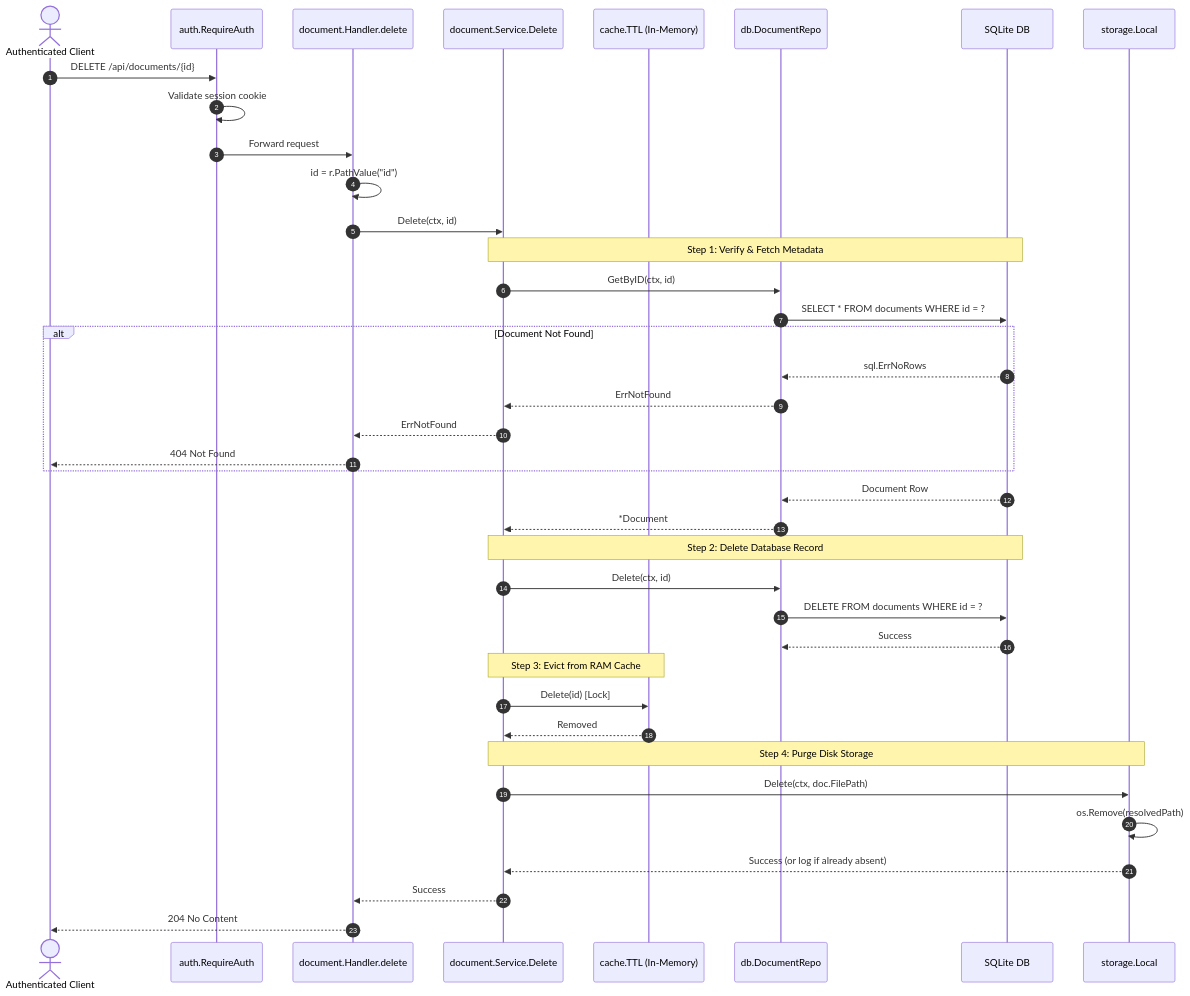
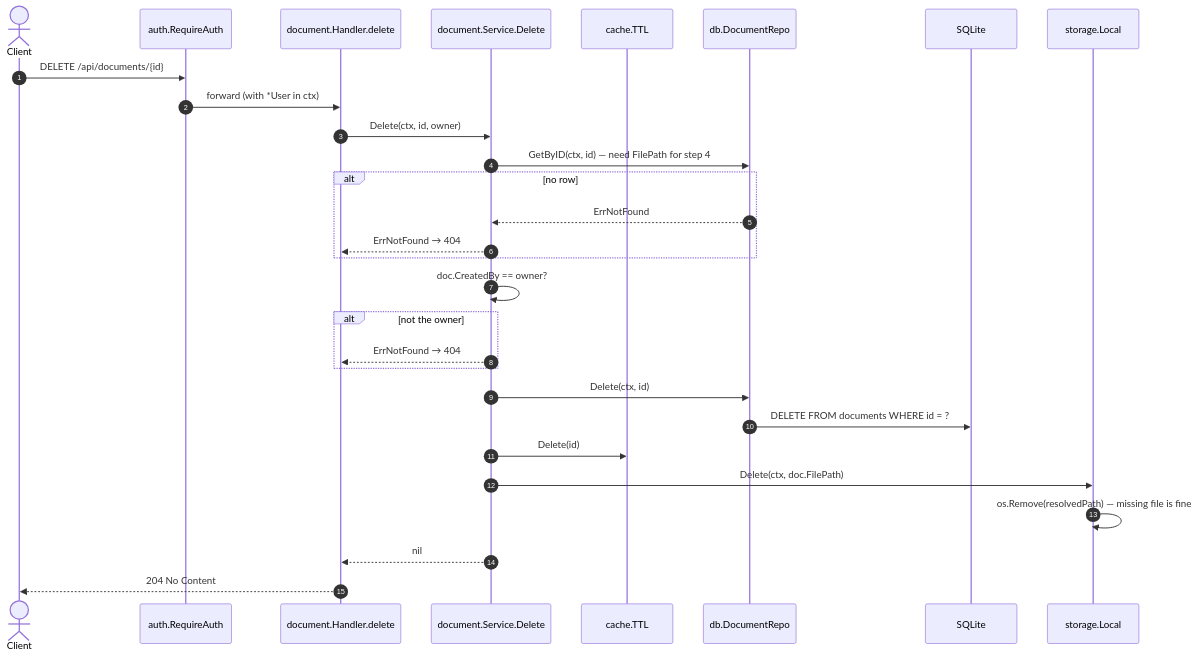
One commit to nhhthong/godocs changed the diagram in resources/flow/document_delete.md. Above: the diagram before and after it, drawn with Mermaid. The commit also changed other lines of this file and 28 other files, not shown here.

````diff
--- a/resources/flow/document_delete.md
+++ b/resources/flow/document_delete.md
@@ -34,48 +26,34 @@
 ```mermaid
 sequenceDiagram
     autonumber
-    actor Client as Authenticated Client
-    participant Auth as auth.RequireAuth
-    participant Handler as document.Handler.delete
-    participant Svc as document.Service.Delete
-    participant Cache as cache.TTL (In-Memory)
-    participant Repo as db.DocumentRepo
-    participant DB as SQLite DB
-    participant Storage as storage.Local
+    actor Client
+    participant MW as auth.RequireAuth
+    participant H as document.Handler.delete
+    participant S as document.Service.Delete
+    participant C as cache.TTL
+    participant R as db.DocumentRepo
+    participant DB as SQLite
+    participant St as storage.Local
 
-    Client->>Auth: DELETE /api/documents/{id}
-    Auth->>Auth: Validate session cookie
-    Auth->>Handler: Forward request
+    Client->>MW: DELETE /api/documents/{id}
+    MW->>H: forward (with *User in ctx)
+    H->>S: Delete(ctx, id, owner)
 
-    Handler->>Handler: id = r.PathValue("id")
-    Handler->>Svc: Delete(ctx, id)
+    S->>R: GetByID(ctx, id) — need FilePath for step 4
+    alt no row
+        R-->>S: ErrNotFound
+        S-->>H: ErrNotFound → 404
+    end
+    S->>S: doc.CreatedBy == owner?
+    alt not the owner
+        S-->>H: ErrNotFound → 404
+    end
 
-    Note over Svc,DB: Step 1: Verify & Fetch Metadata
-    Svc->>Repo: GetByID(ctx, id)
-    Repo->>DB: SELECT * FROM documents WHERE id = ?
-    alt Document Not Found
-        DB-->>Repo: sql.ErrNoRows
-        Repo-->>Svc: ErrNotFound
-        Svc-->>Handler: ErrNotFound
-        Handler-->>Client: 404 Not Found
-    end
-    DB-->>Repo: Document Row
-    Repo-->>Svc: *Document
-
-    Note over Svc,DB: Step 2: Delete Database Record
-    Svc->>Repo: Delete(ctx, id)
-    Repo->>DB: DELETE FROM documents WHERE id = ?
-    DB-->>Repo: Success
-
-    Note over Svc,Cache: Step 3: Evict from RAM Cache
-    Svc->>Cache: Delete(id) [Lock]
-    Cache-->>Svc: Removed
-
-    Note over Svc,Storage: Step 4: Purge Disk Storage
-    Svc->>Storage: Delete(ctx, doc.FilePath)
-    Storage->>Storage: os.Remove(resolvedPath)
-    Storage-->>Svc: Success (or log if already absent)
-
-    Svc-->>Handler: Success
-    Handler-->>Client: 204 No Content
+    S->>R: Delete(ctx, id)
+    R->>DB: DELETE FROM documents WHERE id = ?
+    S->>C: Delete(id)
+    S->>St: Delete(ctx, doc.FilePath)
+    St->>St: os.Remove(resolvedPath) — missing file is fine
+    S-->>H: nil
+    H-->>Client: 204 No Content
 ```
````
